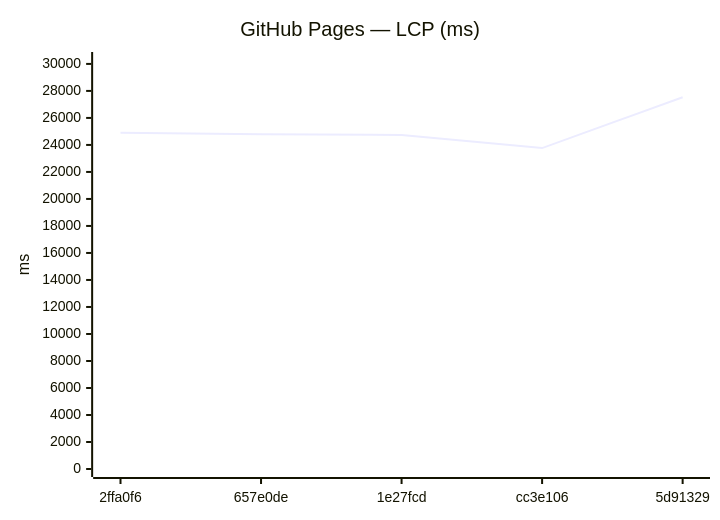
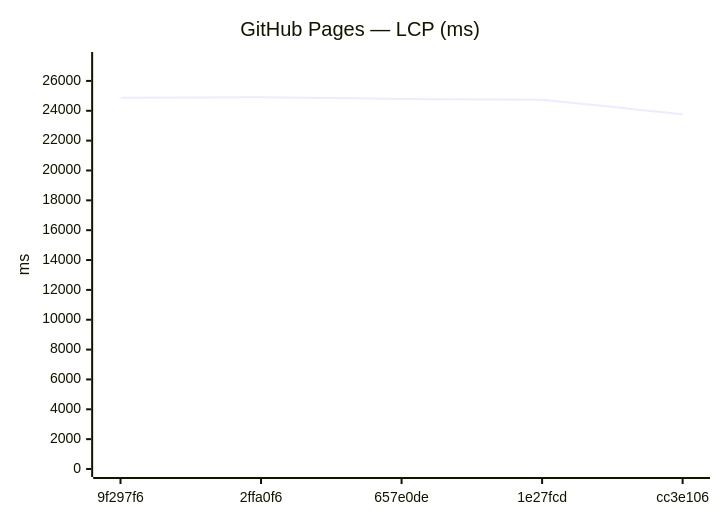
Before and after one commit to Metaheurist/Rianell: the ninth of 18 diagrams in benchmarks/compare.md, drawn with Mermaid. The commit also changed other lines of this file and 11 other files, not shown here.

````diff
--- a/benchmarks/compare.md
+++ b/benchmarks/compare.md
@@ -142,7 +142,7 @@
 ```mermaid
 xychart-beta
     title "GitHub Pages — LCP (ms)"
-    x-axis ["2ffa0f6", "657e0de", "1e27fcd", "cc3e106", "5d91329"]
-    y-axis "ms" 0 --> 30290
-    line [24910, 24797, 24744, 23765, 27536]
+    x-axis ["9f297f6", "2ffa0f6", "657e0de", "1e27fcd", "cc3e106"]
+    y-axis "ms" 0 --> 27402
+    line [24873, 24910, 24797, 24744, 23765]
 ```
````
